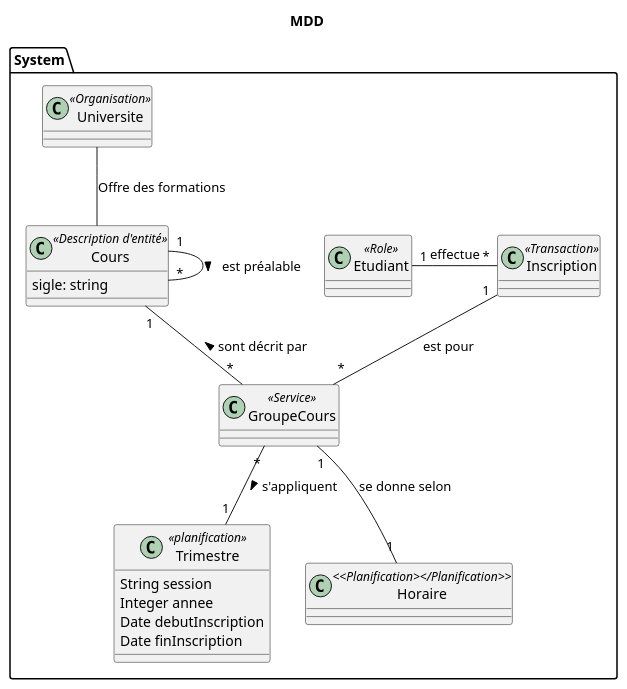
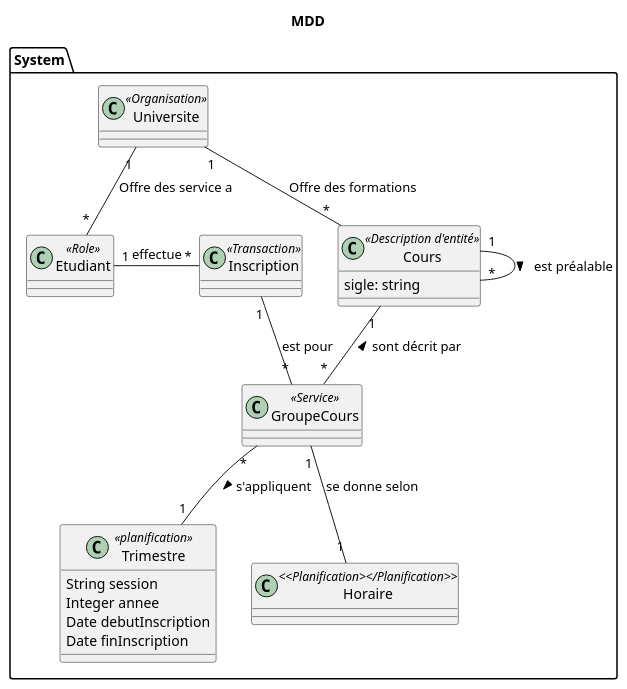
Before and after one commit to yvanross/LOG210-exercices: the second of 16 diagrams in ACOO/Inscription-cours-universite.puml, drawn with PlantUML. The commit also changed other lines of this file and 13 other files, not shown here.

```diff
--- a/ACOO/Inscription-cours-universite.puml
+++ b/ACOO/Inscription-cours-universite.puml
@@ -20,29 +20,30 @@
 @startuml MDD
 top to bottom direction
 title MDD
 skinparam backgroundColor white
 
 package System {
 class Universite <<Organisation>>
 class Etudiant <<Role>>
 class Inscription <<Transaction>>
 class Cours <<Description d'entité>>{
   sigle: string
 }
 class Trimestre <<planification>>{
   String session
   Integer annee
   Date debutInscription
   Date finInscription
 }
 class GroupeCours <<Service>>
 class Horaire <<Planification></Planification>>
-Universite -- Cours: Offre des formations
+Universite "1" -- "*" Cours: Offre des formations
+Universite "1" -- "*" Etudiant: Offre des service a
 Etudiant "1" - "*" Inscription: effectue
 Inscription "1" -- "*" GroupeCours: est pour
 Cours "1" -- "*" GroupeCours: sont décrit par <
 GroupeCours "1" -- "1" Horaire: se donne selon
 GroupeCours "*" -- "1" Trimestre: s'appliquent >
 Cours "1" -- "*" Cours: est préalable >
 }
 @enduml
```
